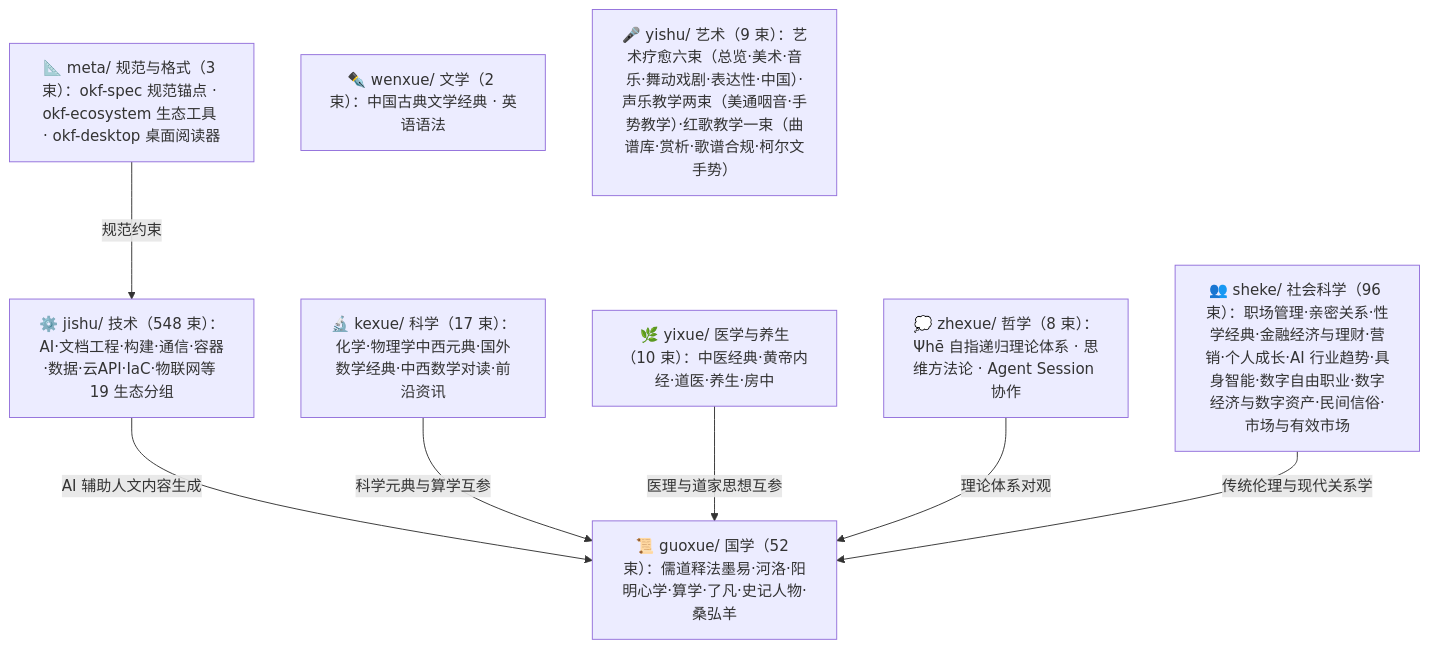
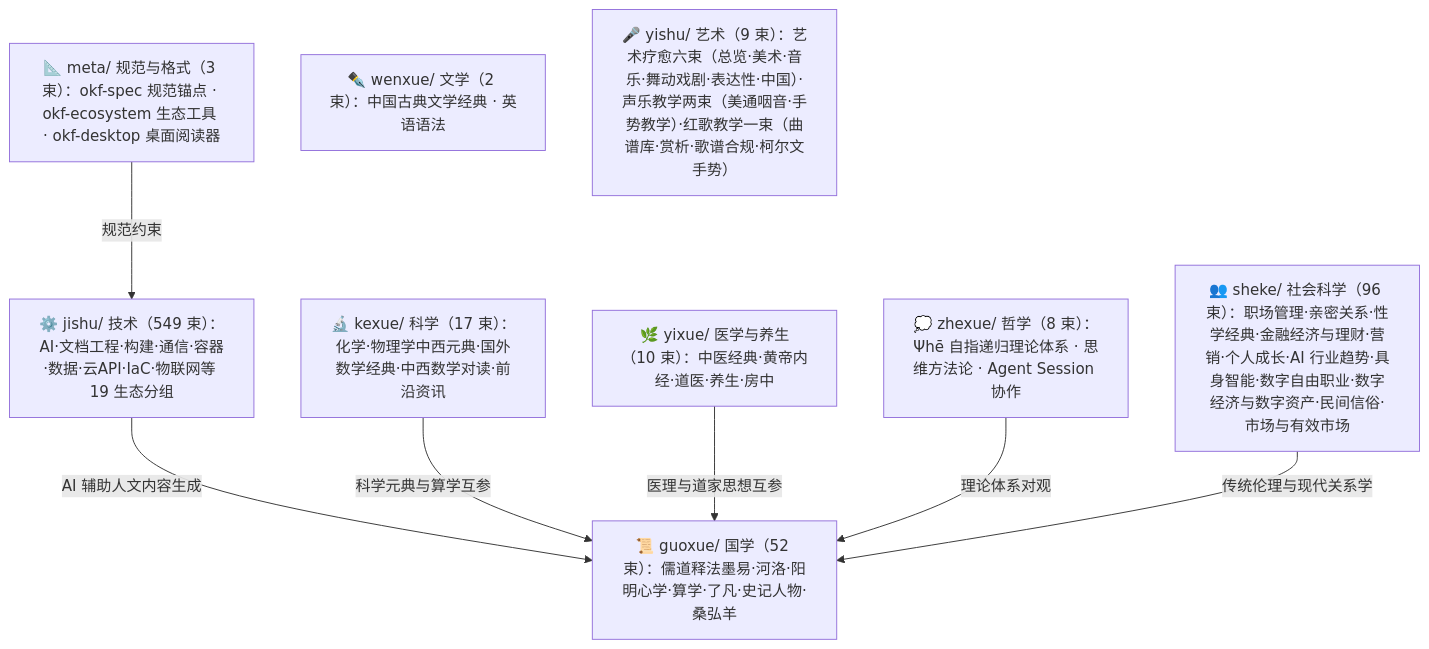
The diagram in doc/bundles/index.md (awesome-flexloop/awesome-okf), drawn with Mermaid before and after one commit. The commit also changed other lines of this file and 1 other file, not shown here.

````diff
--- a/doc/bundles/index.md
+++ b/doc/bundles/index.md
@@ -21,18 +21,18 @@
 ```mermaid
 flowchart TD
     meta["📐 meta/ 规范与格式（3 束）：okf-spec 规范锚点 · okf-ecosystem 生态工具 · okf-desktop 桌面阅读器"]
     guoxue["📜 guoxue/ 国学（52 束）：儒道释法墨易·河洛·阳明心学·算学·了凡·史记人物·桑弘羊"]
     zhexue["💭 zhexue/ 哲学（8 束）：Ψhē 自指递归理论体系 · 思维方法论 · Agent Session 协作"]
     kexue["🔬 kexue/ 科学（17 束）：化学·物理学中西元典·国外数学经典·中西数学对读·前沿资讯"]
     wenxue["✒️ wenxue/ 文学（2 束）：中国古典文学经典 · 英语语法"]
     yixue["🌿 yixue/ 医学与养生（10 束）：中医经典·黄帝内经·道医·养生·房中"]
     sheke["👥 sheke/ 社会科学（96 束）：职场管理·亲密关系·性学经典·金融经济与理财·营销·个人成长·AI 行业趋势·具身智能·数字自由职业·数字经济与数字资产·民间信俗·市场与有效市场"]
     yishu["🎤 yishu/ 艺术（9 束）：艺术疗愈六束（总览·美术·音乐·舞动戏剧·表达性·中国）·声乐教学两束（美通咽音·手势教学）·红歌教学一束（曲谱库·赏析·歌谱合规·柯尔文手势）"]
-    jishu["⚙️ jishu/ 技术（548 束）：AI·文档工程·构建·通信·容器·数据·云API·IaC·物联网等 19 生态分组"]
+    jishu["⚙️ jishu/ 技术（549 束）：AI·文档工程·构建·通信·容器·数据·云API·IaC·物联网等 19 生态分组"]
     meta -->|"规范约束"| jishu
     jishu -->|"AI 辅助人文内容生成"| guoxue
     kexue -->|"科学元典与算学互参"| guoxue
     yixue -->|"医理与道家思想互参"| guoxue
     zhexue -->|"理论体系对观"| guoxue
     sheke -->|"传统伦理与现代关系学"| guoxue
 ```
````
